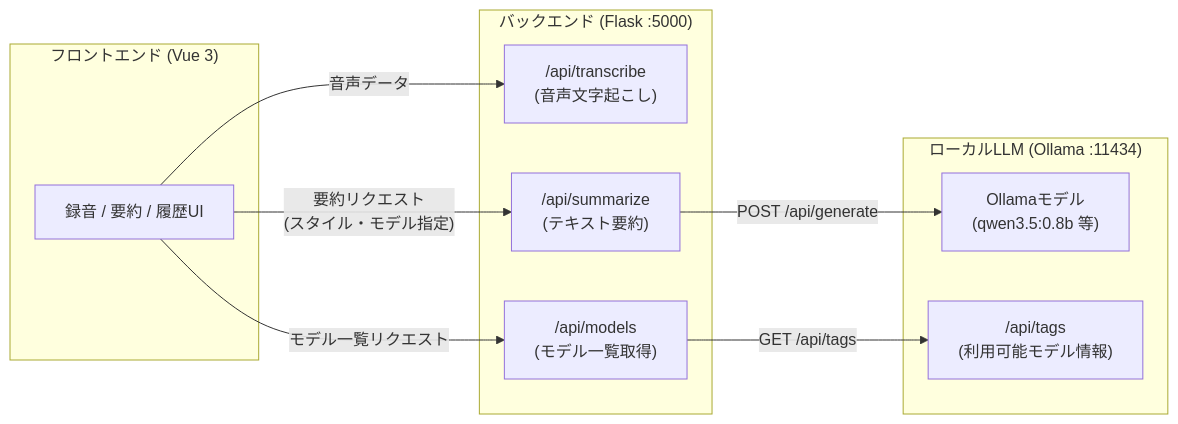
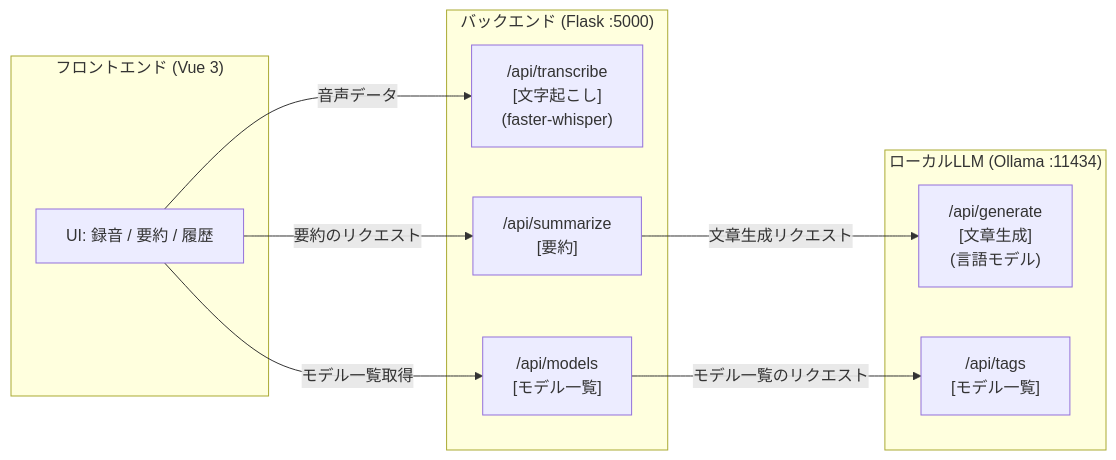
One commit to mie-u-psd-2026/mu-psd05 changed the diagram in readme.md. Above: the diagram before and after it, drawn with Mermaid. The commit also changed other lines of this file, not shown here.

Commit message:
feat: アーキテクチャをシステム構成に変更し、内容を更新

````diff
--- a/readme.md
+++ b/readme.md
@@ -177,23 +177,23 @@
 ```mermaid
 flowchart LR
     subgraph Client["フロントエンド (Vue 3)"]
-        UI["録音 / 要約 / 履歴UI"]
+        UI["UI: 録音 / 要約 / 履歴"]
     end
 
     subgraph Backend["バックエンド (Flask :5000)"]
-        API_T["/api/transcribe<br>(音声文字起こし)"]
-        API_S["/api/summarize<br>(テキスト要約)"]
-        API_M["/api/models<br>(モデル一覧取得)"]
+        API_T["/api/transcribe<br>[文字起こし]<br>(faster-whisper)"]
+        API_S["/api/summarize<br>[要約]"]
+        API_M["/api/models<br>[モデル一覧]"]
     end
 
     subgraph AI["ローカルLLM (Ollama :11434)"]
-        Model["Ollamaモデル<br>(qwen3.5:0.8b 等)"]
-        Tags["/api/tags<br>(利用可能モデル情報)"]
+        Model["/api/generate<br>[文章生成]<br>(言語モデル)"]
+        Tags["/api/tags<br>[モデル一覧]"]
     end
 
     UI -->|音声データ| API_T
-    UI -->|"要約リクエスト<br>(スタイル・モデル指定)"| API_S
-    UI -->|モデル一覧リクエスト| API_M
-    API_M -->|"GET /api/tags"| Tags
-    API_S -->|"POST /api/generate"| Model
+    UI -->|"要約のリクエスト"| API_S
+    UI -->|モデル一覧取得| API_M
+    API_S -->|"文章生成リクエスト"| Model
+    API_M -->|"モデル一覧のリクエスト"| Tags
 ```
````
